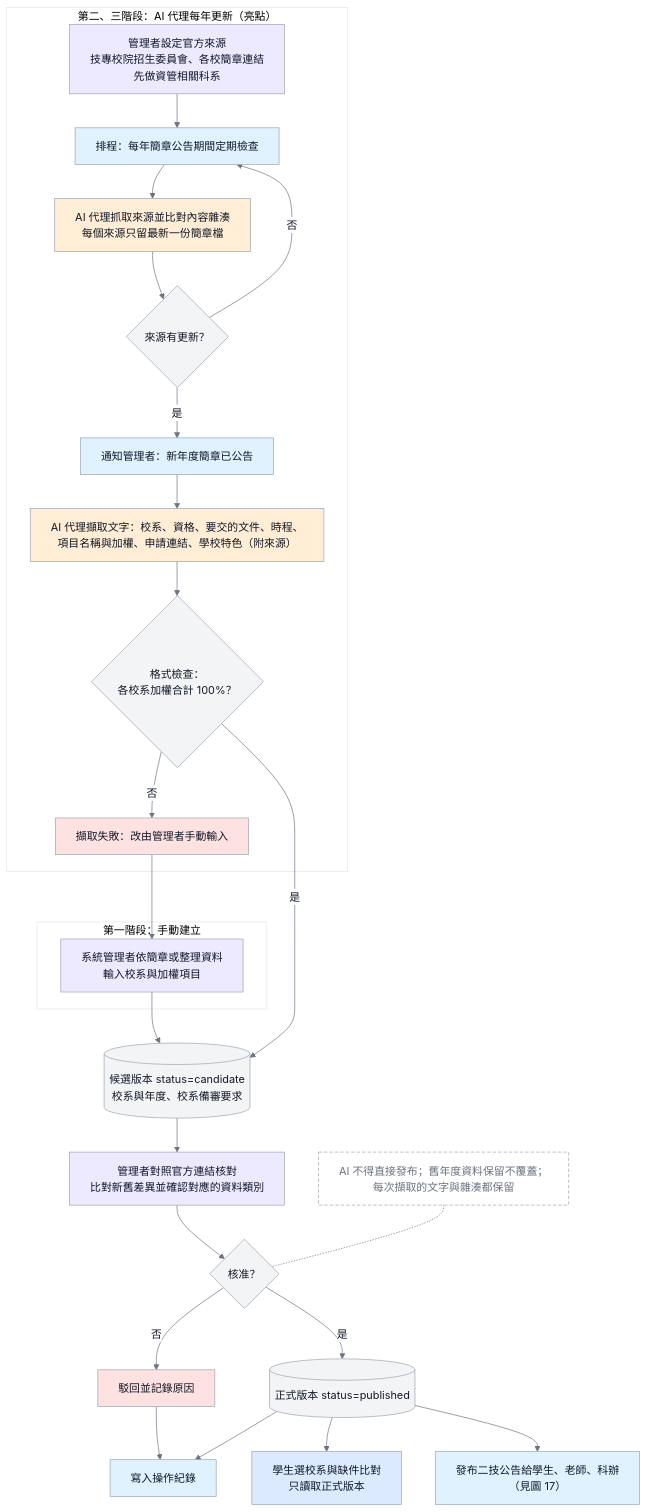
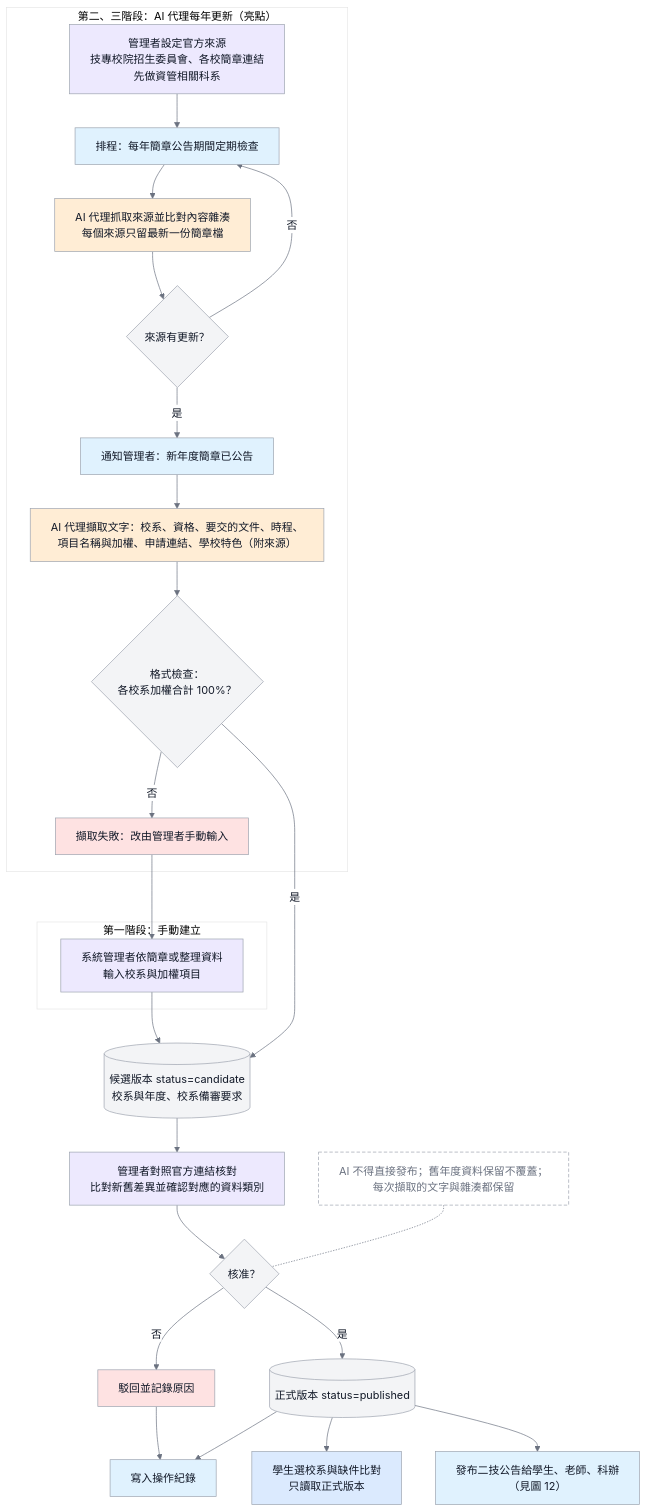
One commit to vujhdcusa/1028 changed the diagram in docs/images/D-13-admission-rule-update-flow.mmd. Above: the diagram before and after it, drawn with Mermaid. The commit also changed 56 other files, not shown here.

First line of the commit message:
規格書依 10-10 定案大改：功能確認總表 10-10 版、圖號從頭重排、新增學校資料匯入與官網資料來源流程圖、ERD 拆三張；微學分與帳號密碼更正

```diff
--- a/docs/images/D-13-admission-rule-update-flow.mmd
+++ b/docs/images/D-13-admission-rule-update-flow.mmd
@@ -1,39 +1,39 @@
 %%{init: {'theme':'base','themeVariables': {'fontFamily':'Microsoft JhengHei, Noto Sans TC, Arial, sans-serif','primaryColor':'#F3F4F6','primaryTextColor':'#111827','primaryBorderColor':'#9CA3AF','lineColor':'#6B7280','edgeLabelBackground':'#FFFFFF'},'flowchart':{'wrappingWidth':400}}}%%
 flowchart TD
     classDef admin fill:#EDE9FE,stroke:#9CA3AF,color:#111827,stroke-width:1px;
     classDef ai fill:#FFEDD5,stroke:#9CA3AF,color:#111827,stroke-width:1px;
     classDef system fill:#E0F2FE,stroke:#9CA3AF,color:#111827,stroke-width:1px;
     classDef store fill:#F3F4F6,stroke:#9CA3AF,color:#111827,stroke-width:1px;
     classDef student fill:#DBEAFE,stroke:#9CA3AF,color:#111827,stroke-width:1px;
     classDef alert fill:#FEE2E2,stroke:#9CA3AF,color:#111827,stroke-width:1px;
     classDef note fill:#FFFFFF,stroke:#9CA3AF,color:#6B7280,stroke-width:1px,stroke-dasharray:5 3;
 
     subgraph Stage1[第一階段：手動建立]
         Manual[系統管理者依簡章或整理資料<br/>輸入校系與加權項目]:::admin
     end
     subgraph Stage23[第二、三階段：AI 代理每年更新（亮點）]
         Source[管理者設定官方來源<br/>技專校院招生委員會、各校簡章連結<br/>先做資管相關科系]:::admin
         Schedule[排程：每年簡章公告期間定期檢查]:::system
         Detect[AI 代理抓取來源並比對內容雜湊<br/>每個來源只留最新一份簡章檔]:::ai
         Changed{來源有更新？}
         Notify[通知管理者：新年度簡章已公告]:::system
         Extract[AI 代理擷取文字：校系、資格、要交的文件、時程、<br/>項目名稱與加權、申請連結、學校特色（附來源）]:::ai
         Validate{格式檢查：<br/>各校系加權合計 100%？}
         Fail[擷取失敗：改由管理者手動輸入]:::alert
         Source --> Schedule --> Detect --> Changed
         Changed -- 否 --> Schedule
         Changed -- 是 --> Notify --> Extract --> Validate
         Validate -- 否 --> Fail
     end
     Manual --> Candidate[(候選版本 status=candidate<br/>校系與年度、校系備審要求)]:::store
     Validate -- 是 --> Candidate
     Fail --> Manual
     Candidate --> Diff[管理者對照官方連結核對<br/>比對新舊差異並確認對應的資料類別]:::admin
     Diff --> Approve{核准？}
     Approve -- 否 --> Reject[駁回並記錄原因]:::alert
     Approve -- 是 --> Publish[(正式版本 status=published)]:::store
     Publish --> Student[學生選校系與缺件比對<br/>只讀取正式版本]:::student
-    Publish --> Announce[發布二技公告給學生、老師、科辦<br/>（見圖 17）]:::system
+    Publish --> Announce[發布二技公告給學生、老師、科辦<br/>（見圖 12）]:::system
     Reject --> Log[寫入操作紀錄]:::system
     Publish --> Log
     Rule[AI 不得直接發布；舊年度資料保留不覆蓋；<br/>每次擷取的文字與雜湊都保留]:::note -.- Approve
```
